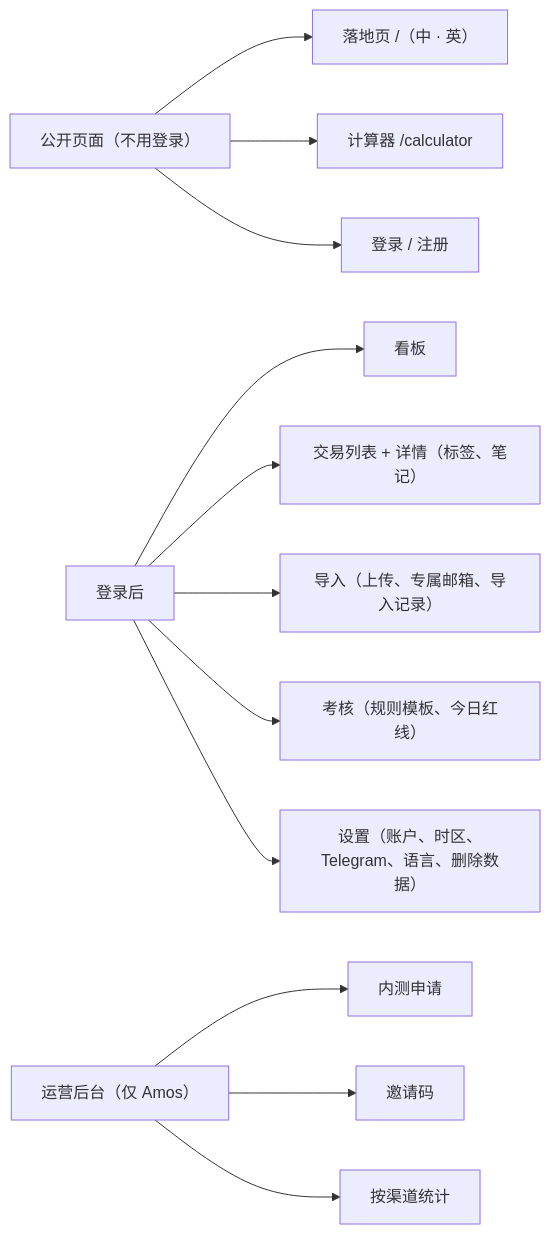
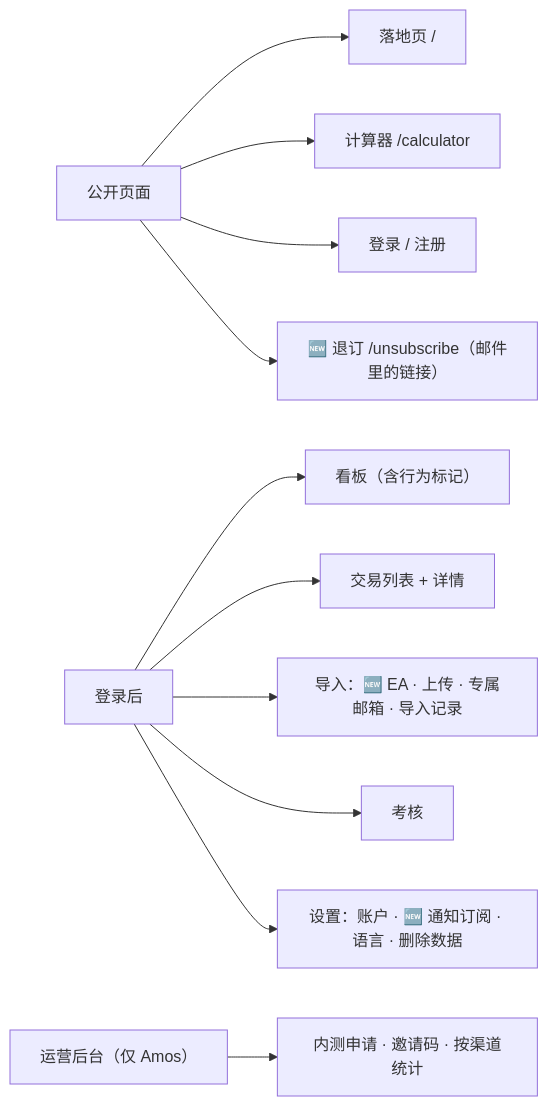
The fourth of 4 diagrams in 需求文档/v1-需求说明书.md (dollar3651314/trading-journal), drawn with Mermaid before and after one commit. The commit also changed other lines of this file and 4 other files, not shown here.

First line of the commit message:
需求说明书 v1.2：EA 数据接入、行为习惯识别、邮件推送、通知订阅（Amos V1–V4 按默认）；测试预审 T9–T14；市场调研 v1.1 补 EA 部分；新增线框图 ⑨⑩

````diff
--- a/需求文档/v1-需求说明书.md
+++ b/需求文档/v1-需求说明书.md
@@ -89,14 +142,13 @@
 ```mermaid
 flowchart LR
-    PUB["公开页面（不用登录）"] --> L1["落地页 /（中 · 英）"]
+    PUB["公开页面"] --> L1["落地页 /"]
     PUB --> L2["计算器 /calculator"]
     PUB --> L3["登录 / 注册"]
-    APP["登录后"] --> A1["看板"]
-    APP --> A2["交易列表 + 详情（标签、笔记）"]
-    APP --> A3["导入（上传、专属邮箱、导入记录）"]
-    APP --> A4["考核（规则模板、今日红线）"]
-    APP --> A5["设置（账户、时区、Telegram、语言、删除数据）"]
-    ADM["运营后台（仅 Amos）"] --> B1["内测申请"]
-    ADM --> B2["邀请码"]
-    ADM --> B3["按渠道统计"]
+    PUB --> L4["🆕 退订 /unsubscribe（邮件里的链接）"]
+    APP["登录后"] --> A1["看板（含行为标记）"]
+    APP --> A2["交易列表 + 详情"]
+    APP --> A3["导入：🆕 EA · 上传 · 专属邮箱 · 导入记录"]
+    APP --> A4["考核"]
+    APP --> A5["设置：账户 · 🆕 通知订阅 · 语言 · 删除数据"]
+    ADM["运营后台（仅 Amos）"] --> B1["内测申请 · 邀请码 · 按渠道统计"]
 ```
````
